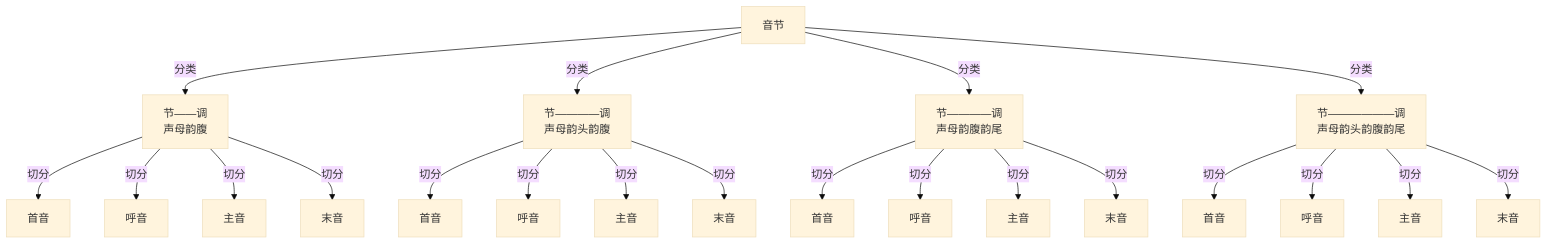
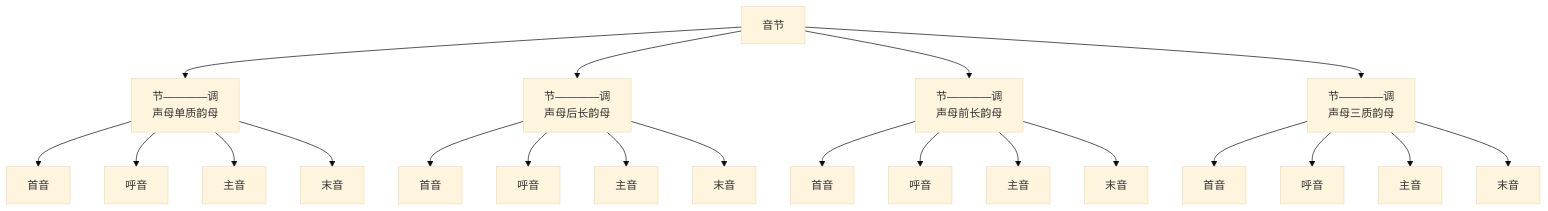
The diagram in YIME_Theory/flowchart/间接音元分析二式.mmd (tsaanghwang/Yime-prototype), drawn with Mermaid (base theme) before and after one commit. The commit also changed other lines of this file and 16 other files, not shown here.

```diff
--- a/YIME_Theory/flowchart/间接音元分析二式.mmd
+++ b/YIME_Theory/flowchart/间接音元分析二式.mmd
@@ -1,21 +1,21 @@
 graph TB
-    A[音节] --> |分类|B[节——调<br>声母韵腹]
-    A --> |分类|C[节————调<br>声母韵头韵腹]
-    A --> |分类|D[节————调<br>声母韵腹韵尾]
-    A --> |分类|E[节——————调<br>声母韵头韵腹韵尾]
-    B --> |切分|B1[首音]
-    B --> |切分|B2[呼音]
-    B --> |切分|B3[主音]
-    B --> |切分|B4[末音]
-    C --> |切分|C1[首音]
-    C --> |切分|C2[呼音]
-    C --> |切分|C3[主音]
-    C --> |切分|C4[末音]
-    D --> |切分|D1[首音]
-    D --> |切分|D2[呼音]
-    D --> |切分|D3[主音]
-    D --> |切分|D4[末音]
-    E --> |切分|E1[首音]
-    E --> |切分|E2[呼音]
-    E --> |切分|E3[主音]
-    E --> |切分|E4[末音]
+    A[音节] --> B[节————调<br>声母单质韵母]
+    A --> C[节————调<br>声母后长韵母]
+    A --> D[节————调<br>声母前长韵母]
+    A --> E[节————调<br>声母三质韵母]
+    B --> B1[首音]
+    B --> B2[呼音]
+    B --> B3[主音]
+    B --> B4[末音]
+    C --> C1[首音]
+    C --> C2[呼音]
+    C --> C3[主音]
+    C --> C4[末音]
+    D --> D1[首音]
+    D --> D2[呼音]
+    D --> D3[主音]
+    D --> D4[末音]
+    E --> E1[首音]
+    E --> E2[呼音]
+    E --> E3[主音]
+    E --> E4[末音]
```
